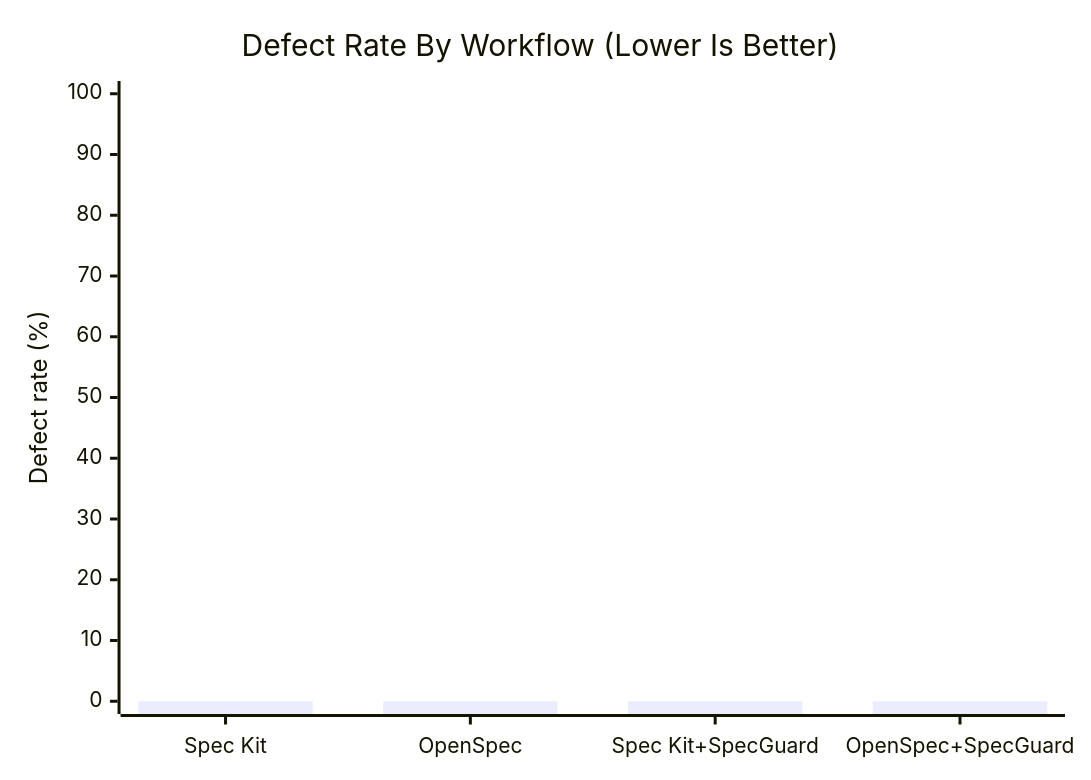
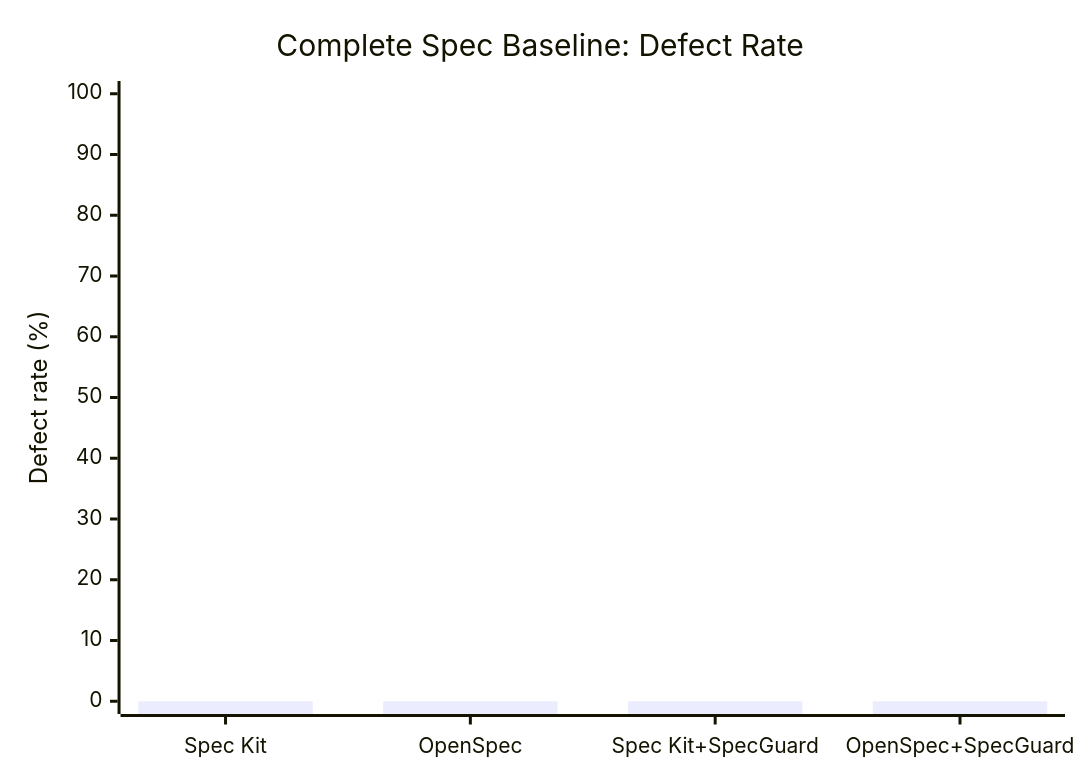
Before and after one commit to KoreaNirsa/spec-guard: the first of 4 diagrams in docs/spec-driven-benchmark.md, drawn with Mermaid. The commit also changed other lines of this file, not shown here.

````diff
--- a/docs/spec-driven-benchmark.md
+++ b/docs/spec-driven-benchmark.md
@@ -27,7 +28,7 @@
 ```mermaid
 xychart-beta
-  title "Defect Rate By Workflow (Lower Is Better)"
+  title "Complete Spec Baseline: Defect Rate"
   x-axis ["Spec Kit", "OpenSpec", "Spec Kit+SpecGuard", "OpenSpec+SpecGuard"]
   y-axis "Defect rate (%)" 0 --> 100
   bar [0, 0, 0, 0]
 ```
````
